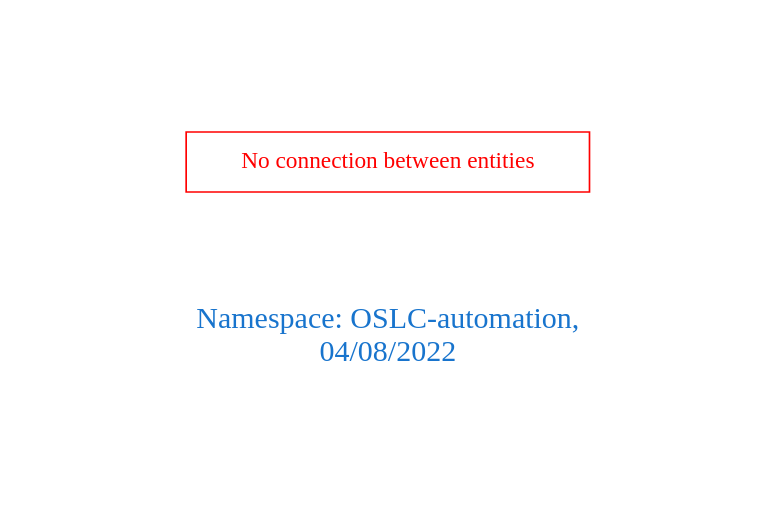
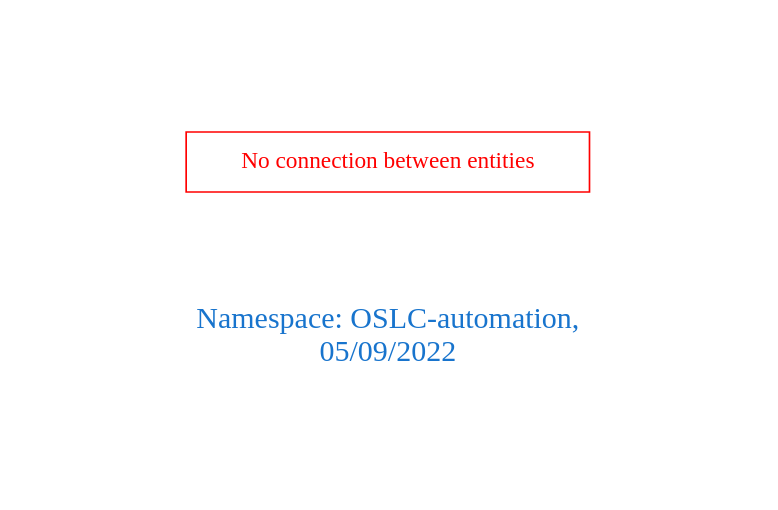
The diagram in downloads/OSLC-automation.dot (arago/OGIT), drawn with Graphviz before and after one commit. The commit also changed 1913 other files, not shown here.

```diff
--- a/downloads/OSLC-automation.dot
+++ b/downloads/OSLC-automation.dot
@@ -1,9 +1,9 @@
 digraph OGIT_ontology {
  graph [ rankdir= LR,pad=1 
 fontsize = 18,
-fontcolor= dodgerblue3,label = "\n\n\nNamespace: OSLC-automation, \n 04/08/2022"];
+fontcolor= dodgerblue3,label = "\n\n\nNamespace: OSLC-automation, \n 05/09/2022"];
 node[shape=polygon];
 edge [  color="gray81"];
 
 "No connection between entities" [fontcolor = "red",color="red", shape="polygon"]
 }
```
